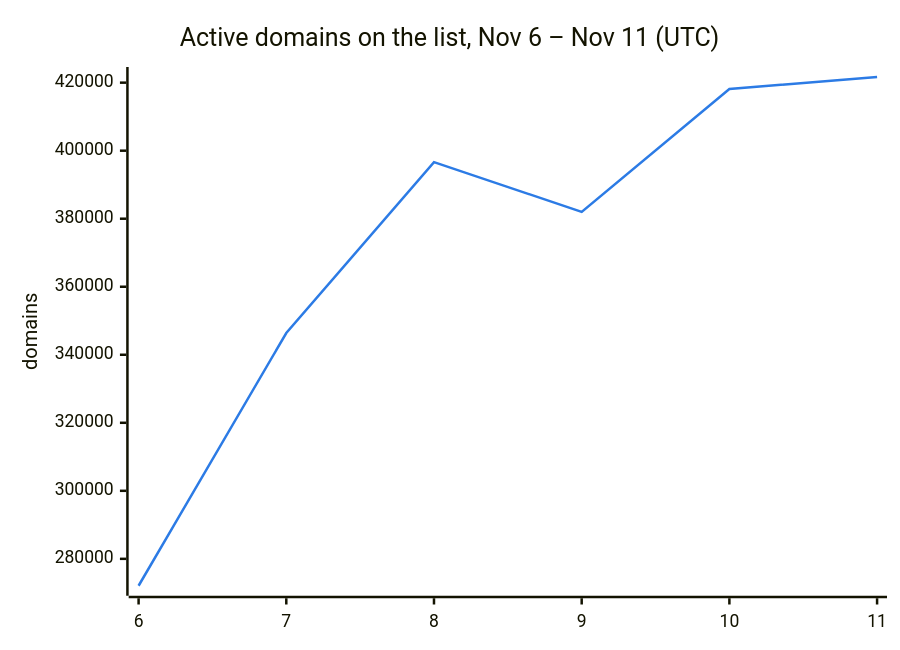
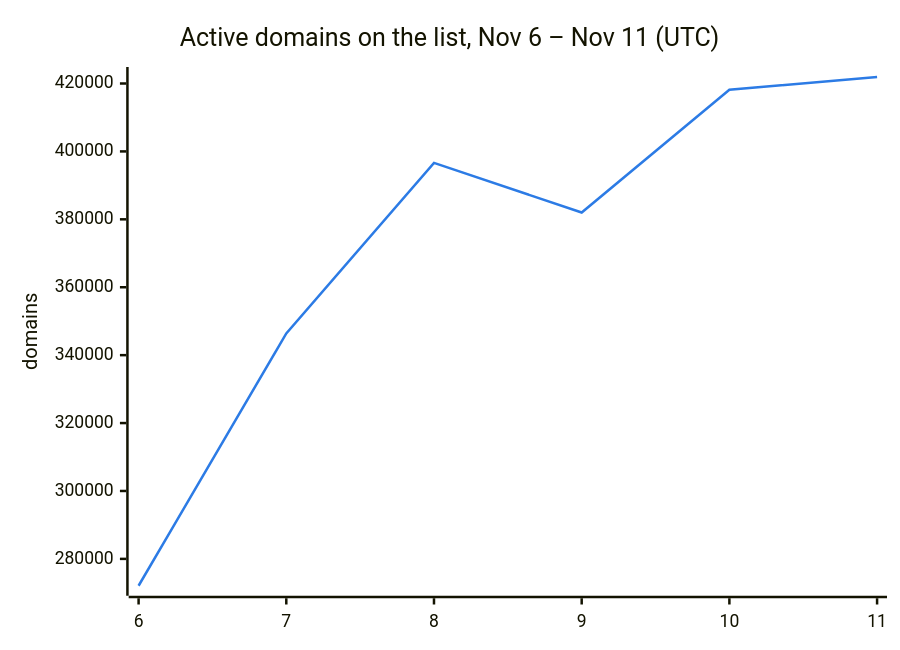
One commit to DNSBunker/CTI changed the second of 3 diagrams in README.md. Above: the diagram before and after it, drawn with Mermaid. The commit also changed other lines of this file and 3 other files, not shown here.

````diff
--- a/README.md
+++ b/README.md
@@ -38,8 +38,8 @@
 ```mermaid
 %%{init: {"themeVariables": {"xyChart": {"plotColorPalette": "#2c7be5"}}}}%%
 xychart-beta
     title "Active domains on the list, Nov 6 – Nov 11 (UTC)"
     x-axis ["6", "7", "8", "9", "10", "11"]
     y-axis "domains"
-    line [272088, 346388, 396638, 382009, 418143, 421664]
+    line [272088, 346388, 396638, 382009, 418143, 421915]
 ```
````
